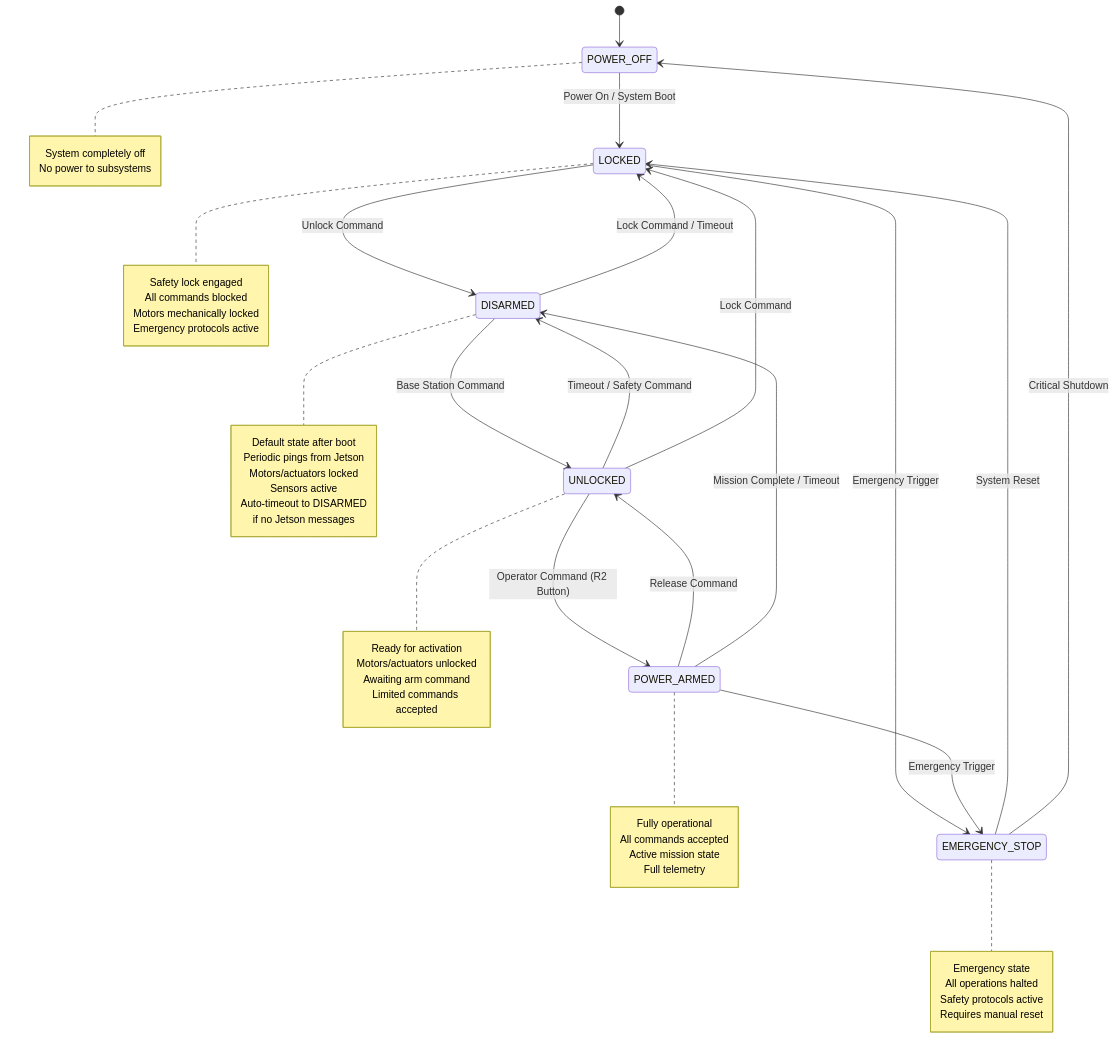
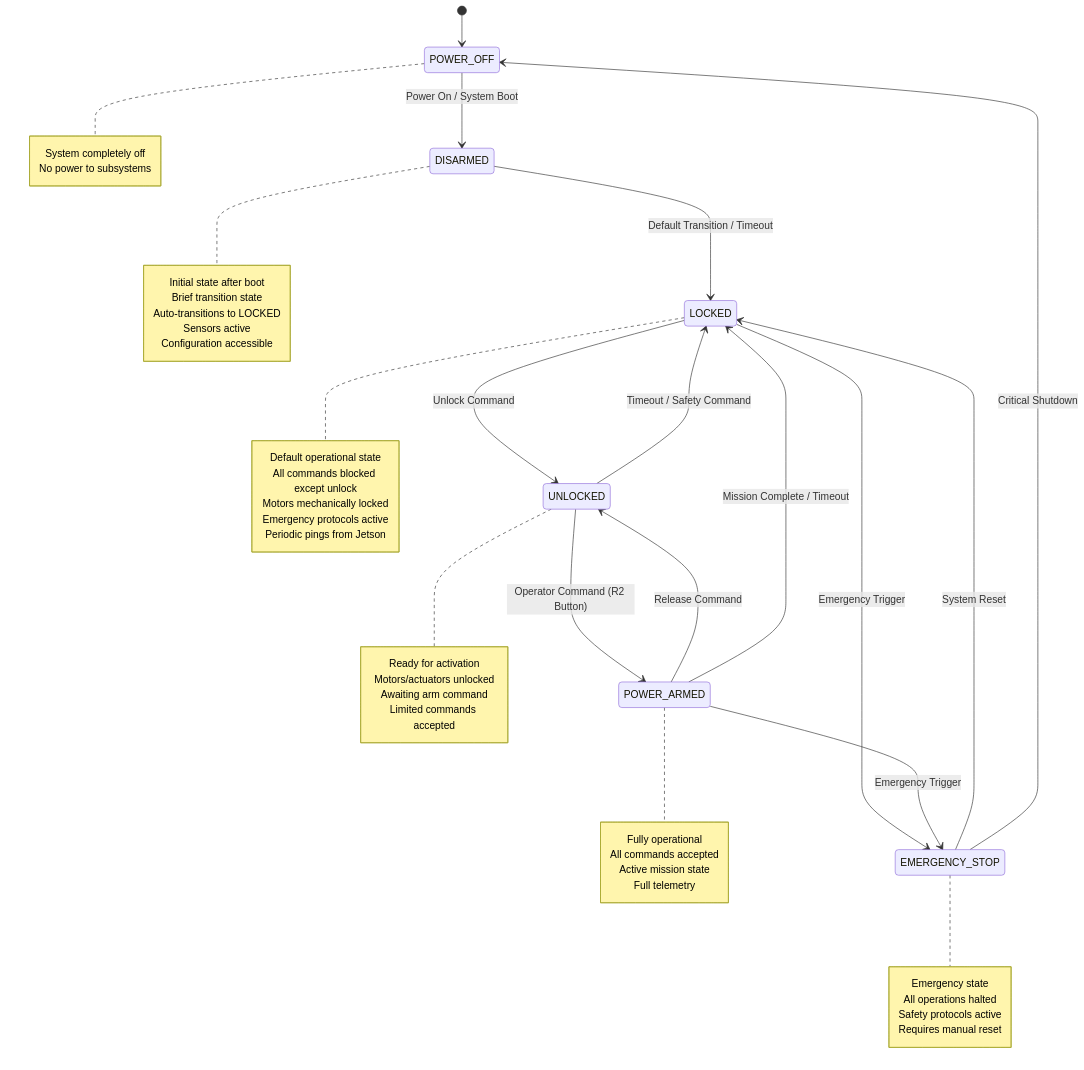
One commit to AryanRai/SIRI-Elec changed the diagram in state_machine.md. Above: the diagram before and after it, drawn with Mermaid. The commit also changed other lines of this file and 4 other files, not shown here.

````diff
--- a/state_machine.md
+++ b/state_machine.md
@@ -9,65 +9,63 @@
 ```mermaid
 stateDiagram-v2
     [*] --> POWER_OFF
     
-    POWER_OFF --> LOCKED : Power On / System Boot
+    POWER_OFF --> DISARMED : Power On / System Boot
     
-    LOCKED --> DISARMED : Unlock Command
+    DISARMED --> LOCKED : Default Transition / Timeout
+    
+    LOCKED --> UNLOCKED : Unlock Command
     LOCKED --> EMERGENCY_STOP : Emergency Trigger
     
-    DISARMED --> LOCKED : Lock Command / Timeout
-    DISARMED --> UNLOCKED : Base Station Command
-    
     UNLOCKED --> POWER_ARMED : Operator Command (R2 Button)
-    UNLOCKED --> DISARMED : Timeout / Safety Command
-    UNLOCKED --> LOCKED : Lock Command
+    UNLOCKED --> LOCKED : Timeout / Safety Command
     
     POWER_ARMED --> UNLOCKED : Release Command
     POWER_ARMED --> EMERGENCY_STOP : Emergency Trigger
-    POWER_ARMED --> DISARMED : Mission Complete / Timeout
+    POWER_ARMED --> LOCKED : Mission Complete / Timeout
     
     EMERGENCY_STOP --> LOCKED : System Reset
     EMERGENCY_STOP --> POWER_OFF : Critical Shutdown
     
     note right of POWER_OFF
         System completely off
         No power to subsystems
     end note
     
     note right of DISARMED
-        Default state after boot
-        Periodic pings from Jetson
-        Motors/actuators locked
+        Initial state after boot
+        Brief transition state
+        Auto-transitions to LOCKED
         Sensors active
-        Auto-timeout to DISARMED
-        if no Jetson messages
+        Configuration accessible
     end note
     
     note right of UNLOCKED
         Ready for activation
         Motors/actuators unlocked
         Awaiting arm command
         Limited commands accepted
     end note
     
     note right of POWER_ARMED
         Fully operational
         All commands accepted
         Active mission state
         Full telemetry
     end note
     
     note right of LOCKED
-        Safety lock engaged
-        All commands blocked
+        Default operational state
+        All commands blocked except unlock
         Motors mechanically locked
         Emergency protocols active
+        Periodic pings from Jetson
     end note
     
     note right of EMERGENCY_STOP
         Emergency state
         All operations halted
         Safety protocols active
         Requires manual reset
     end note
 ```
````
